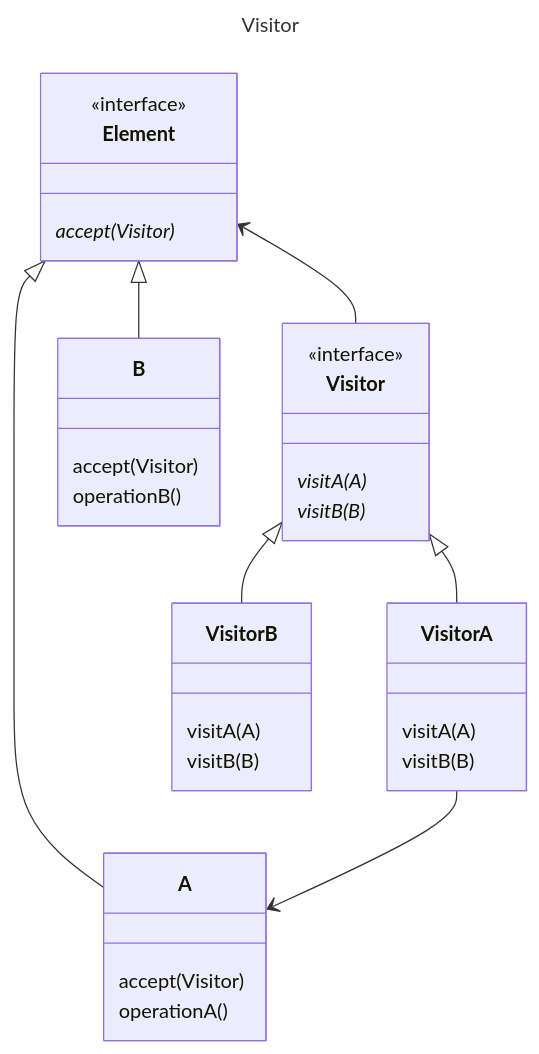
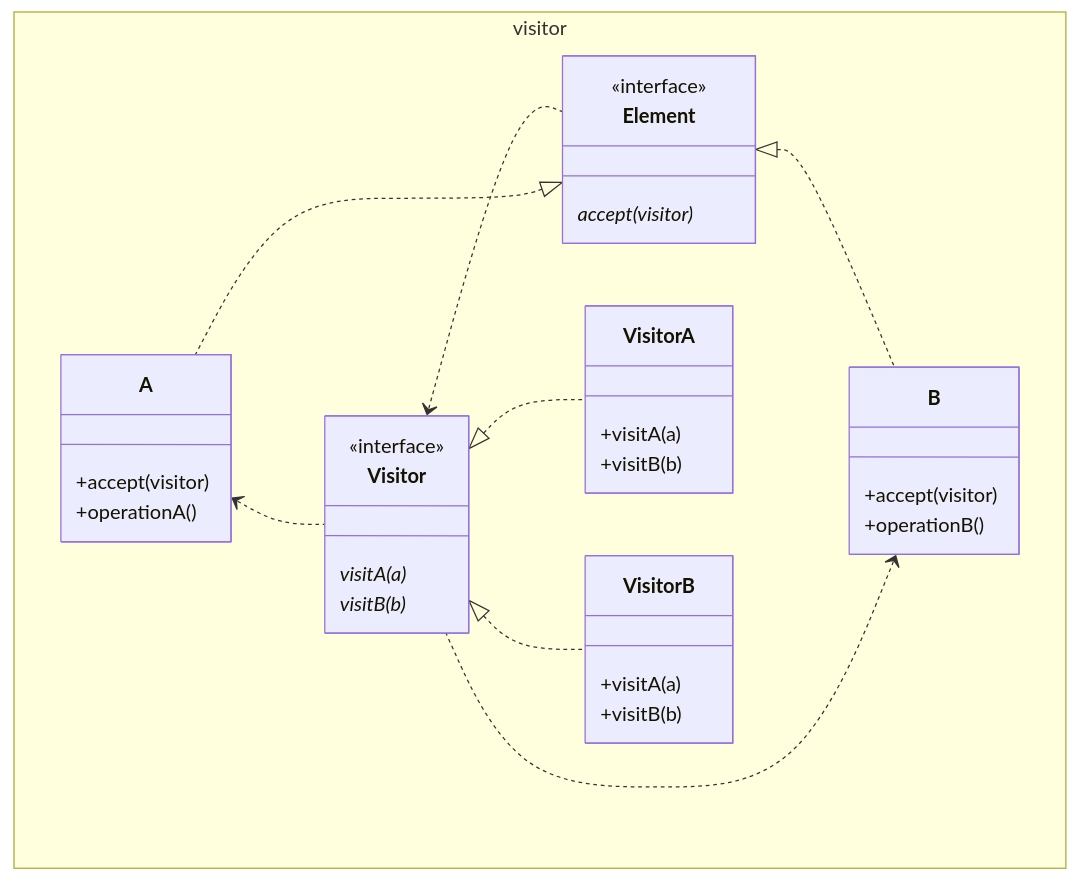
One commit to mtrigueira/JGoF changed the diagram in src/main/java/org/example/gof/behaviour/visitor/Visitor.md. Above: the diagram before and after it, drawn with Mermaid. The commit also changed other lines of this file, not shown here.

Commit message:
Edit Visitor.md add related patterns.

````diff
--- a/src/main/java/org/example/gof/behaviour/visitor/Visitor.md
+++ b/src/main/java/org/example/gof/behaviour/visitor/Visitor.md
@@ -1,38 +3,38 @@
 ```mermaid
----
-title: Visitor
----
 classDiagram
-    class Visitor {
-        <<interface>>
-        visitA(A)*
-        visitB(B)*
+    namespace visitor {
+        class A {
+            +accept(visitor)
+            +operationA()
+        }
+        class B {
+            +accept(visitor)
+            +operationB()
+        }
+        class Element {
+            <<interface>>
+            accept(visitor)*
+        }
+        class Visitor {
+            <<interface>>
+            visitA(a)*
+            visitB(b)*
+        }
+        class VisitorA {
+            +visitA(a)
+            +visitB(b)
+        }
+        class VisitorB {
+            +visitA(a)
+            +visitB(b)
+        }
     }
-    class Element {
-        <<interface>>
-        accept(Visitor)*
-    }
-    class VisitorA {
-        visitA(A)
-        visitB(B)
-    }
-    class VisitorB {
-        visitA(A)
-        visitB(B)
-    }
-    class A {
-        accept(Visitor)
-        operationA()
-    }
-    class B {
-        accept(Visitor)
-        operationB()
-    }
-    
-    Visitor <|-- VisitorA
-    Visitor <|-- VisitorB
-    Element <|-- A
-    Element <|-- B
-    Element <-- Visitor
-    VisitorA --> A
+    A <.. Visitor
+    B <.. Visitor
+    Element <|.. A
+    Element <|.. B
+    Visitor <.. Element
+    Visitor <|.. VisitorA
+    Visitor <|.. VisitorB
+
 ```
````
